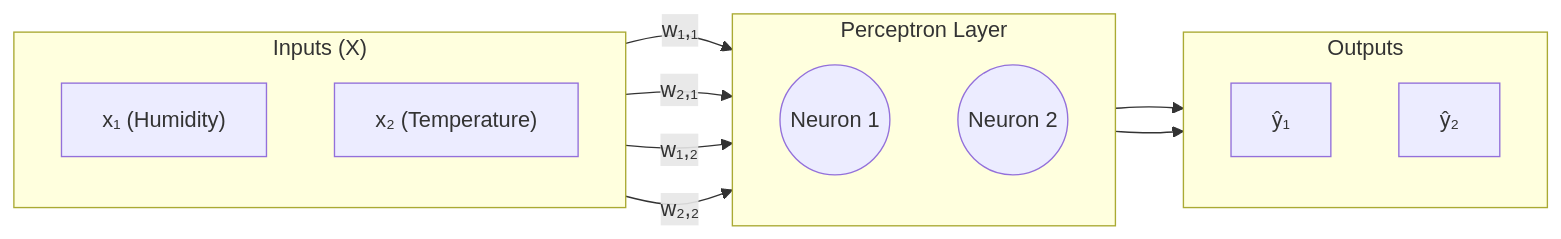
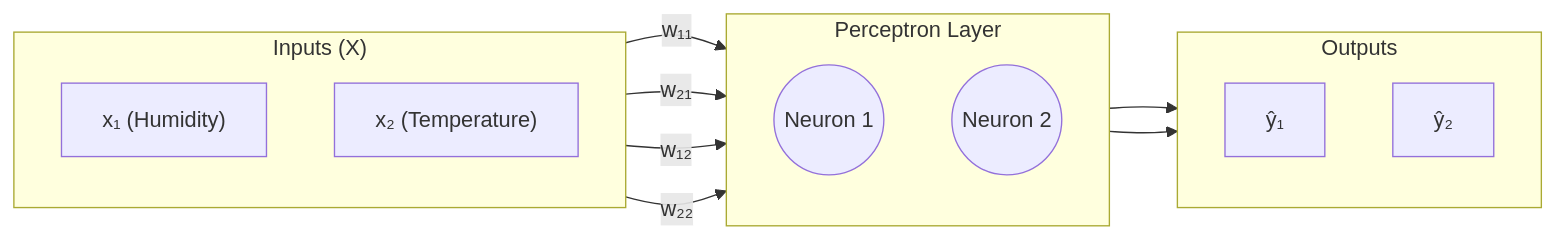
Before and after one commit to snowch-notes/deep-learning: the first of 2 diagrams in perceptron-learning-rule.md, drawn with Mermaid.

````diff
--- a/perceptron-learning-rule.md
+++ b/perceptron-learning-rule.md
@@ -25,32 +25,32 @@
 ```mermaid
 graph LR
     subgraph "Inputs (X)"
         direction TB
         X1["x₁ (Humidity)"]
         X2["x₂ (Temperature)"]
     end
     
     subgraph "Perceptron Layer"
         direction TB
         N1((Neuron 1))
         N2((Neuron 2))
     end
     
     subgraph "Outputs"
         direction TB
         Y1["ŷ₁"]
         Y2["ŷ₂"]
     end
     
     %% Connections to Neuron 1
-    X1 -- "w₁,₁" --> N1
-    X2 -- "w₂,₁" --> N1
+    X1 -- "w₁₁" --> N1
+    X2 -- "w₂₁" --> N1
     
     %% Connections to Neuron 2
-    X1 -- "w₁,₂" --> N2
-    X2 -- "w₂,₂" --> N2
+    X1 -- "w₁₂" --> N2
+    X2 -- "w₂₂" --> N2
     
     %% Outputs
     N1 --> Y1
     N2 --> Y2
 ```
````
